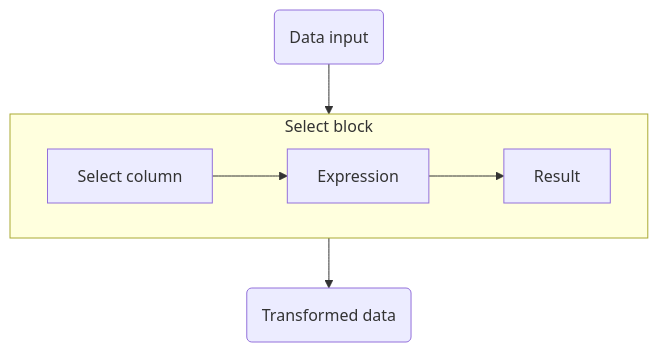
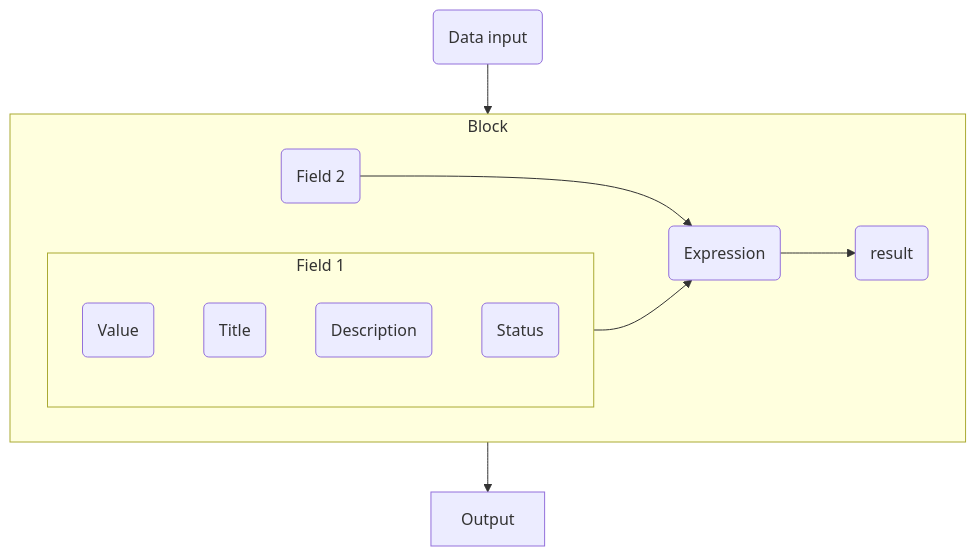
Before and after one commit to BristolMyersSquibb/useR2024: the first of 6 diagrams in index.qmd, drawn with Mermaid. The commit also changed other lines of this file and 7 other files, not shown here.

````diff
--- a/index.qmd
+++ b/index.qmd
@@ -229,13 +251,22 @@
 ```{mermaid}
 %%| mermaid-format: svg
+%%| fig-width: 10
 flowchart TD
-  sel_data_in(Data input)
-  sel_data_out(Transformed data)
-  subgraph sel_block[Select block]
-    sel_select_col[Select column]
-    sel_expr[Expression]
-    sel_res[Result]
-    sel_select_col --> sel_expr --> sel_res
+  blk_data_in(Data input)
+  blk_data_out[Output]
+  subgraph blk_block[Block]
+    subgraph blk_field1[Field 1]
+      value(Value)
+      title(Title)
+      descr(Description)
+      status(Status)
+    end
+    blk_field2(Field 2)
+    blk_field1 --> blk_expr
+    blk_field2 --> blk_expr
+    blk_expr(Expression)
+    blk_res(result)
+    blk_expr --> blk_res
   end
-  sel_data_in --> sel_block --> sel_data_out
+  blk_data_in --> blk_block --> blk_data_out
 ```
````
